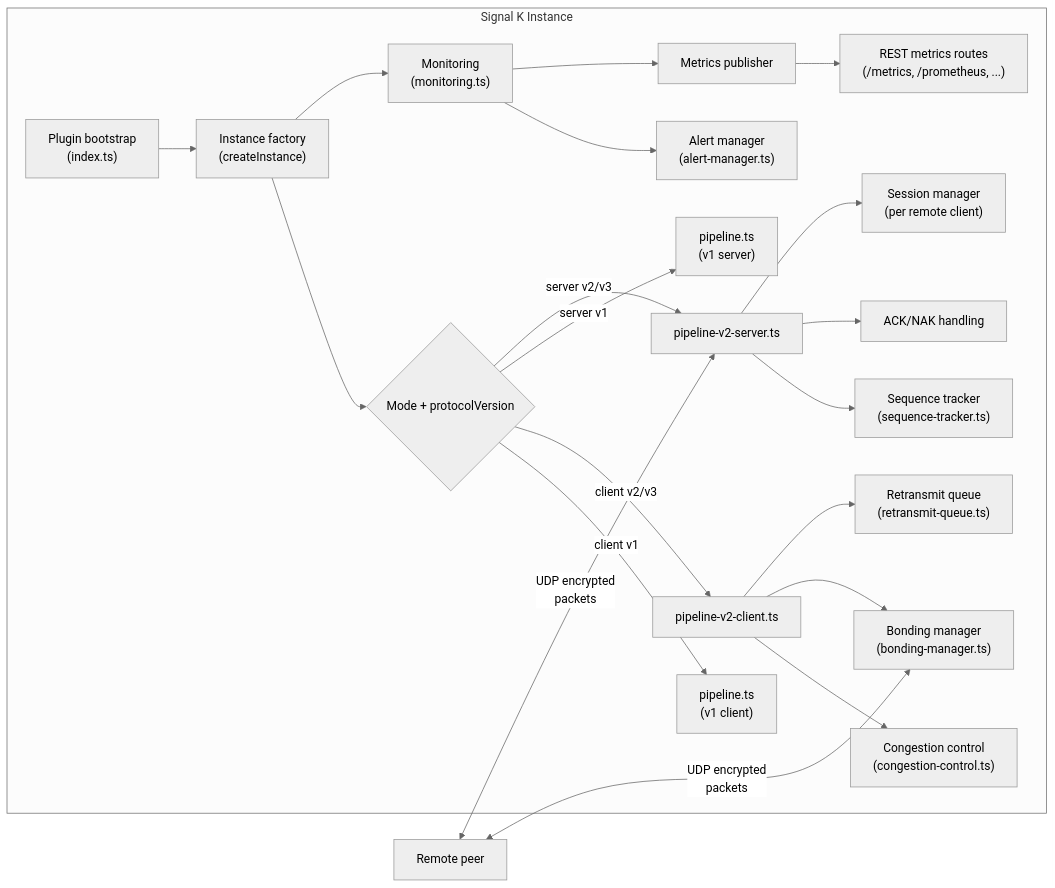
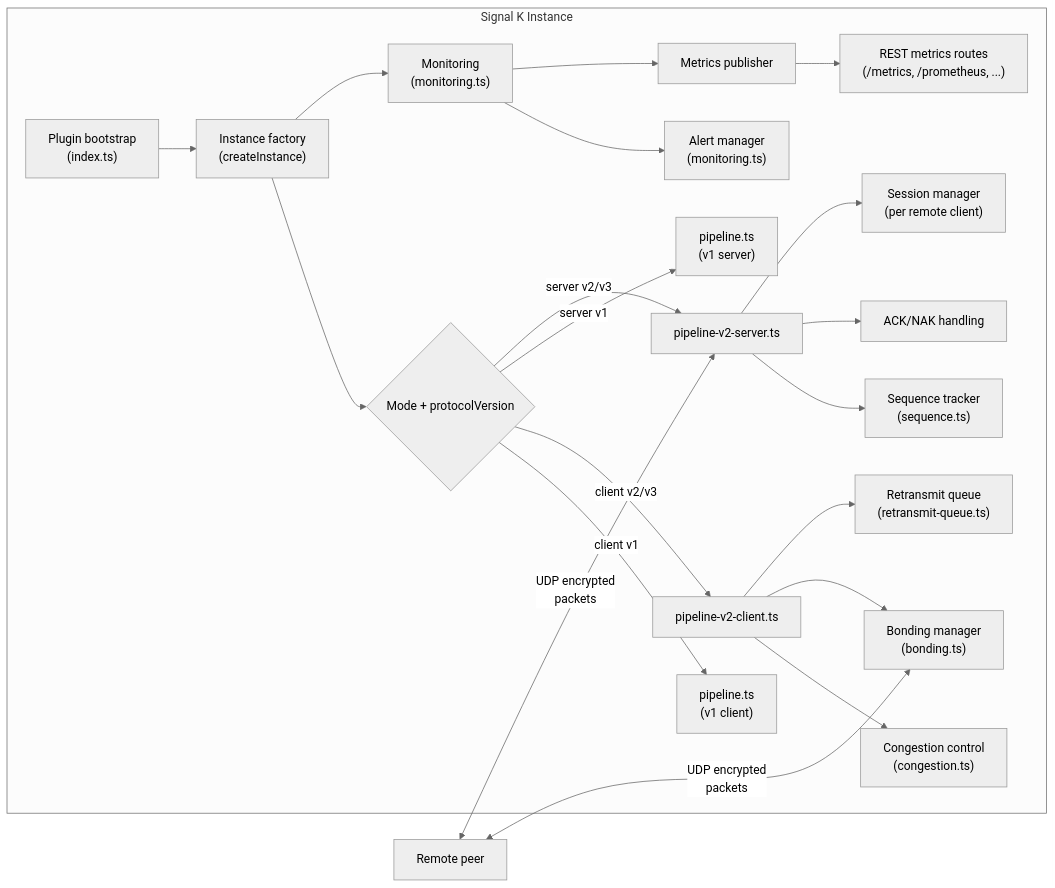
Before and after one commit to KEGustafsson/signalk-edge-link: the diagram in docs/architecture-overview.md, drawn with Mermaid (neutral theme). The commit also changed other lines of this file and 1 other file, not shown here.

Commit message:
docs(01-01): correct documentation release truth

````diff
--- a/docs/architecture-overview.md
+++ b/docs/architecture-overview.md
@@ -7,28 +7,28 @@
 ```mermaid
 graph LR
   subgraph "Signal K Instance"
     A["Plugin bootstrap\n(index.ts)"] --> B["Instance factory\n(createInstance)"]
     B --> C{Mode + protocolVersion}
 
     C -->|"client v1"| D["pipeline.ts\n(v1 client)"]
     C -->|"client v2/v3"| E["pipeline-v2-client.ts"]
     C -->|"server v1"| F["pipeline.ts\n(v1 server)"]
     C -->|"server v2/v3"| G["pipeline-v2-server.ts"]
 
-    E --> H["Congestion control\n(congestion-control.ts)"]
-    E --> I["Bonding manager\n(bonding-manager.ts)"]
+    E --> H["Congestion control\n(congestion.ts)"]
+    E --> I["Bonding manager\n(bonding.ts)"]
     E --> J["Retransmit queue\n(retransmit-queue.ts)"]
 
-    G --> K["Sequence tracker\n(sequence-tracker.ts)"]
+    G --> K["Sequence tracker\n(sequence.ts)"]
     G --> L["ACK/NAK handling"]
     G --> M["Session manager\n(per remote client)"]
 
     B --> N["Monitoring\n(monitoring.ts)"]
-    N --> O["Alert manager\n(alert-manager.ts)"]
+    N --> O["Alert manager\n(monitoring.ts)"]
     N --> P["Metrics publisher"]
     P --> Q["REST metrics routes\n(/metrics, /prometheus, ...)"]
   end
 
   R["Remote peer"] <-->|"UDP encrypted\npackets"| I
   R <-->|"UDP encrypted\npackets"| G
 ```
````
